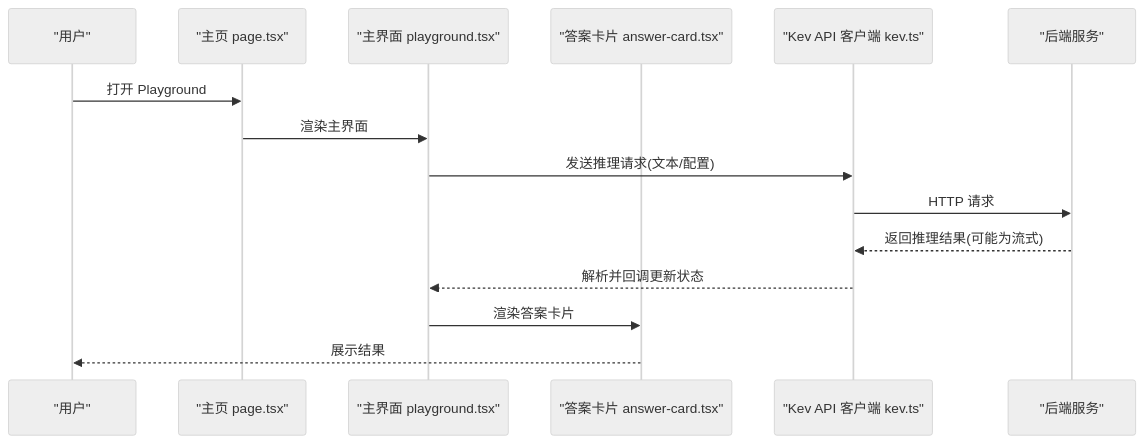
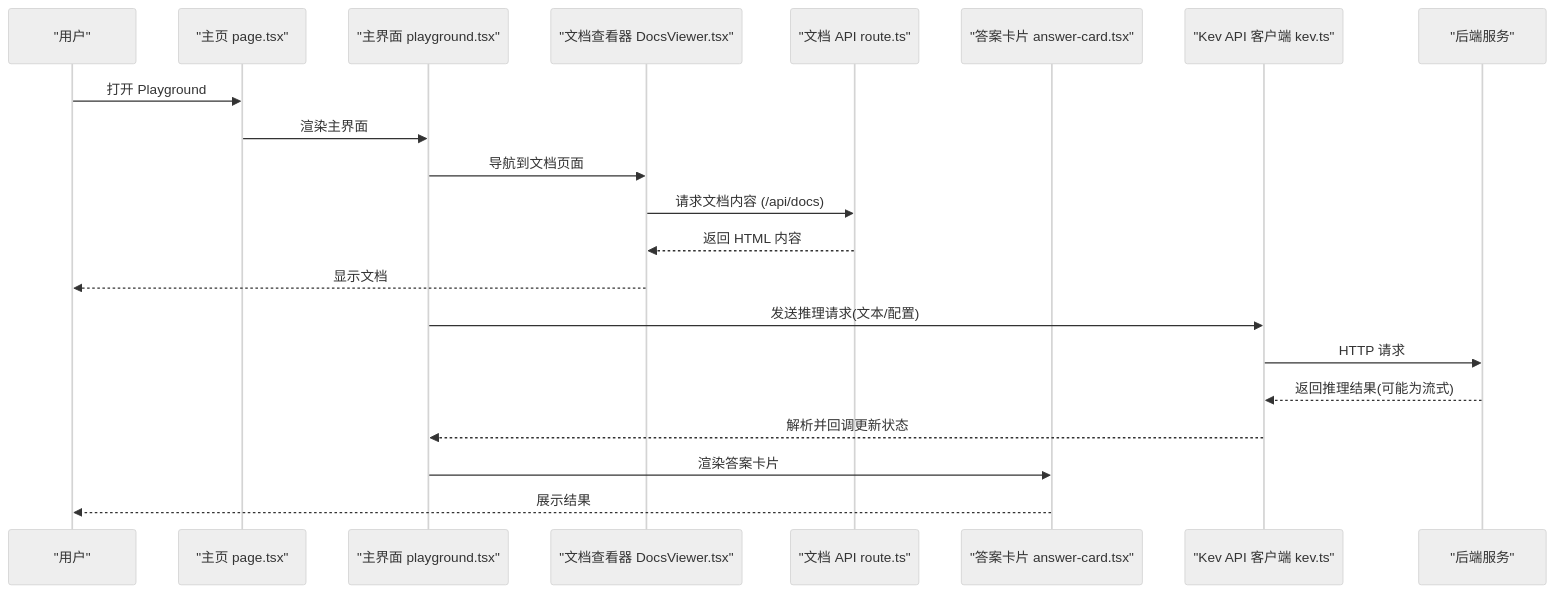
The second of 5 diagrams in .qoder/repowiki/zh/content/Playground 界面.md (joezxh/kev), drawn with Mermaid (neutral theme) before and after one commit. The commit also changed other lines of this file and 193 other files, not shown here.

````diff
--- a/.qoder/repowiki/zh/content/Playground 界面.md
+++ b/.qoder/repowiki/zh/content/Playground 界面.md
@@ -111,17 +151,23 @@
 ```mermaid
 sequenceDiagram
 participant U as "用户"
 participant P as "主页 page.tsx"
 participant PG as "主界面 playground.tsx"
+participant DV as "文档查看器 DocsViewer.tsx"
+participant API as "文档 API route.ts"
 participant AC as "答案卡片 answer-card.tsx"
 participant KV as "Kev API 客户端 kev.ts"
 participant S as "后端服务"
 U->>P : 打开 Playground
 P->>PG : 渲染主界面
+PG->>DV : 导航到文档页面
+DV->>API : 请求文档内容 (/api/docs)
+API-->>DV : 返回 HTML 内容
+DV-->>U : 显示文档
 PG->>KV : 发送推理请求(文本/配置)
 KV->>S : HTTP 请求
 S-->>KV : 返回推理结果(可能为流式)
 KV-->>PG : 解析并回调更新状态
 PG->>AC : 渲染答案卡片
 AC-->>U : 展示结果
 ```
````
